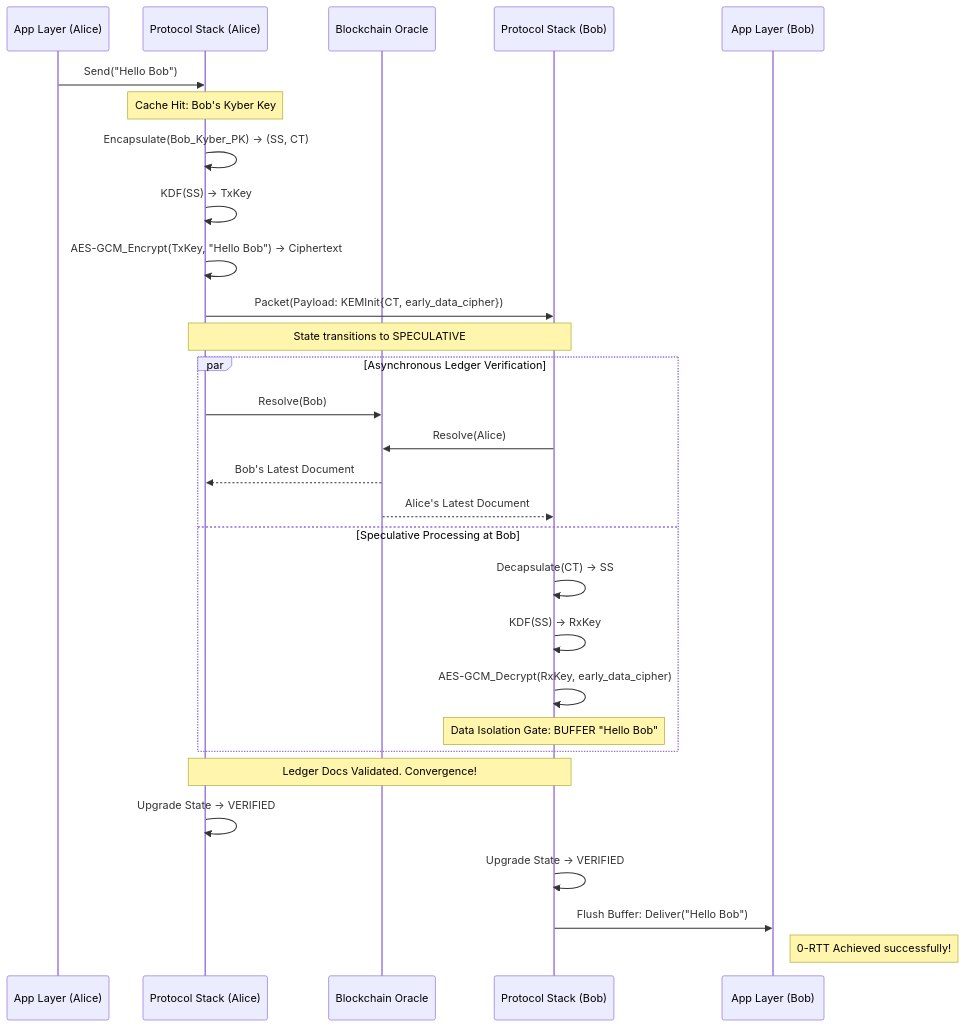
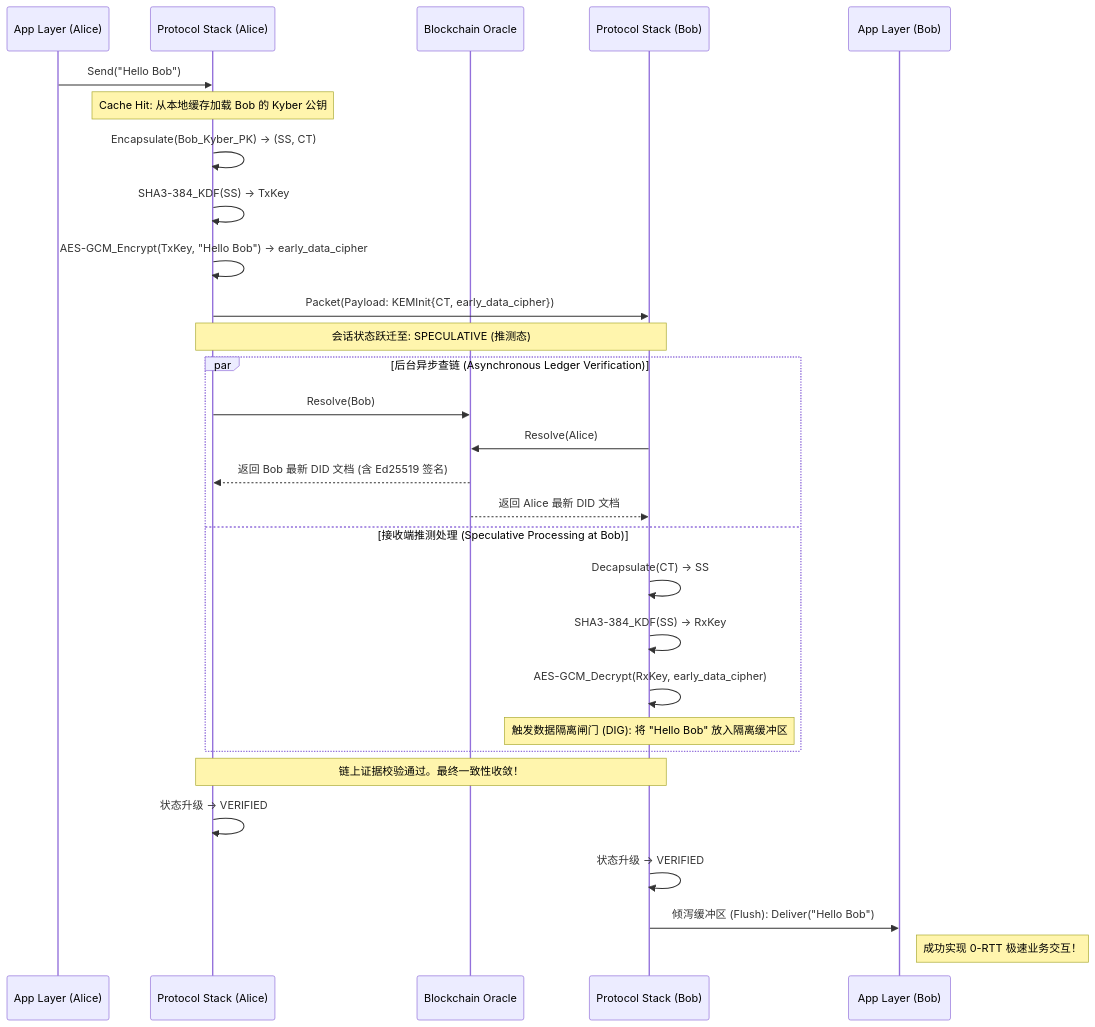
One commit to qujing226/atrium changed the diagram in docs/SPECIFICATION.md. Above: the diagram before and after it, drawn with Mermaid. The commit also changed other lines of this file, not shown here.

````diff
--- a/docs/SPECIFICATION.md
+++ b/docs/SPECIFICATION.md
@@ -121,37 +112,37 @@
 ```mermaid
 sequenceDiagram
     participant App as App Layer (Alice)
     participant A as Protocol Stack (Alice)
     participant Ledger as Blockchain Oracle
     participant B as Protocol Stack (Bob)
     participant AppB as App Layer (Bob)
 
     App->>A: Send("Hello Bob")
-    Note over A: Cache Hit: Bob's Kyber Key
+    Note over A: Cache Hit: 从本地缓存加载 Bob 的 Kyber 公钥
     
     A->>A: Encapsulate(Bob_Kyber_PK) -> (SS, CT)
-    A->>A: KDF(SS) -> TxKey
-    A->>A: AES-GCM_Encrypt(TxKey, "Hello Bob") -> Ciphertext
+    A->>A: SHA3-384_KDF(SS) -> TxKey
+    A->>A: AES-GCM_Encrypt(TxKey, "Hello Bob") -> early_data_cipher
 
     A->>B: Packet(Payload: KEMInit{CT, early_data_cipher})
-    Note over A, B: State transitions to SPECULATIVE
+    Note over A, B: 会话状态跃迁至: SPECULATIVE (推测态)
 
-    par Asynchronous Ledger Verification
+    par 后台异步查链 (Asynchronous Ledger Verification)
         A->>Ledger: Resolve(Bob)
         B->>Ledger: Resolve(Alice)
-        Ledger-->>A: Bob's Latest Document
-        Ledger-->>B: Alice's Latest Document
-    and Speculative Processing at Bob
+        Ledger-->>A: 返回 Bob 最新 DID 文档 (含 Ed25519 签名)
+        Ledger-->>B: 返回 Alice 最新 DID 文档
+    and 接收端推测处理 (Speculative Processing at Bob)
         B->>B: Decapsulate(CT) -> SS
-        B->>B: KDF(SS) -> RxKey
+        B->>B: SHA3-384_KDF(SS) -> RxKey
         B->>B: AES-GCM_Decrypt(RxKey, early_data_cipher)
-        Note over B: Data Isolation Gate: BUFFER "Hello Bob"
+        Note over B: 触发数据隔离闸门 (DIG): 将 "Hello Bob" 放入隔离缓冲区
     end
 
-    Note over A, B: Ledger Docs Validated. Convergence!
+    Note over A, B: 链上证据校验通过。最终一致性收敛！
     
-    A->>A: Upgrade State -> VERIFIED
-    B->>B: Upgrade State -> VERIFIED
-    B->>AppB: Flush Buffer: Deliver("Hello Bob")
-    Note right of AppB: 0-RTT Achieved successfully!
+    A->>A: 状态升级 -> VERIFIED
+    B->>B: 状态升级 -> VERIFIED
+    B->>AppB: 倾泻缓冲区 (Flush): Deliver("Hello Bob")
+    Note right of AppB: 成功实现 0-RTT 极速业务交互！
 ```
````
